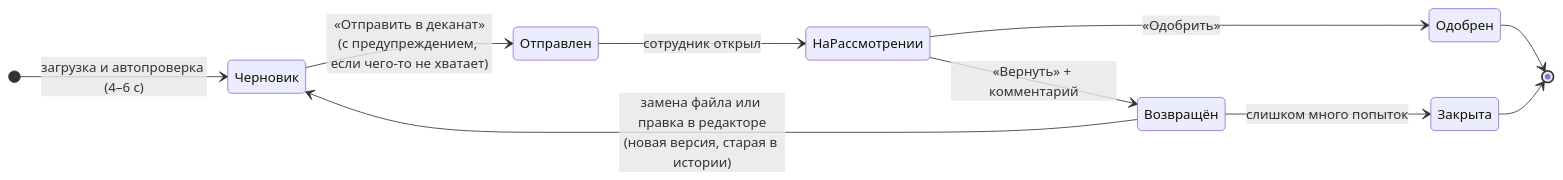
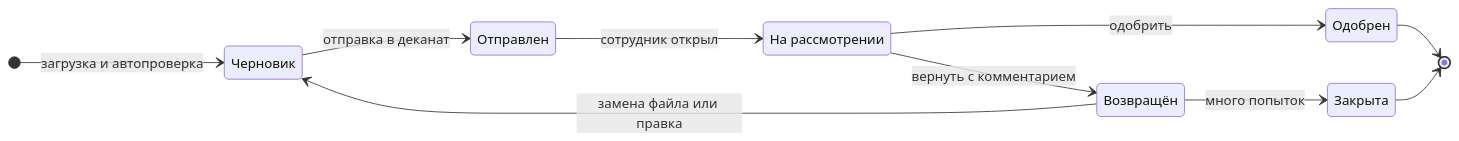
The first of 3 diagrams in README.md (Stepa-Karpik/hack), drawn with Mermaid before and after one commit. The commit also changed other lines of this file and 19 other files, not shown here.

````diff
--- a/README.md
+++ b/README.md
@@ -108,13 +117,19 @@
 ```mermaid
 stateDiagram-v2
     direction LR
-    [*] --> Черновик: загрузка и автопроверка (4–6 с)
-    Черновик --> Отправлен: «Отправить в деканат»<br/>(с предупреждением, если чего-то не хватает)
-    Отправлен --> НаРассмотрении: сотрудник открыл
-    НаРассмотрении --> Одобрен: «Одобрить»
-    НаРассмотрении --> Возвращён: «Вернуть» + комментарий
-    Возвращён --> Черновик: замена файла или правка в редакторе<br/>(новая версия, старая в истории)
-    Возвращён --> Закрыта: слишком много попыток
-    Одобрен --> [*]
-    Закрыта --> [*]
+    state "Черновик" as draft
+    state "Отправлен" as submitted
+    state "На рассмотрении" as review
+    state "Одобрен" as approved
+    state "Возвращён" as returned
+    state "Закрыта" as closed
+    [*] --> draft: загрузка и автопроверка
+    draft --> submitted: отправка в деканат
+    submitted --> review: сотрудник открыл
+    review --> approved: одобрить
+    review --> returned: вернуть с комментарием
+    returned --> draft: замена файла или правка
+    returned --> closed: много попыток
+    approved --> [*]
+    closed --> [*]
 ```
````
